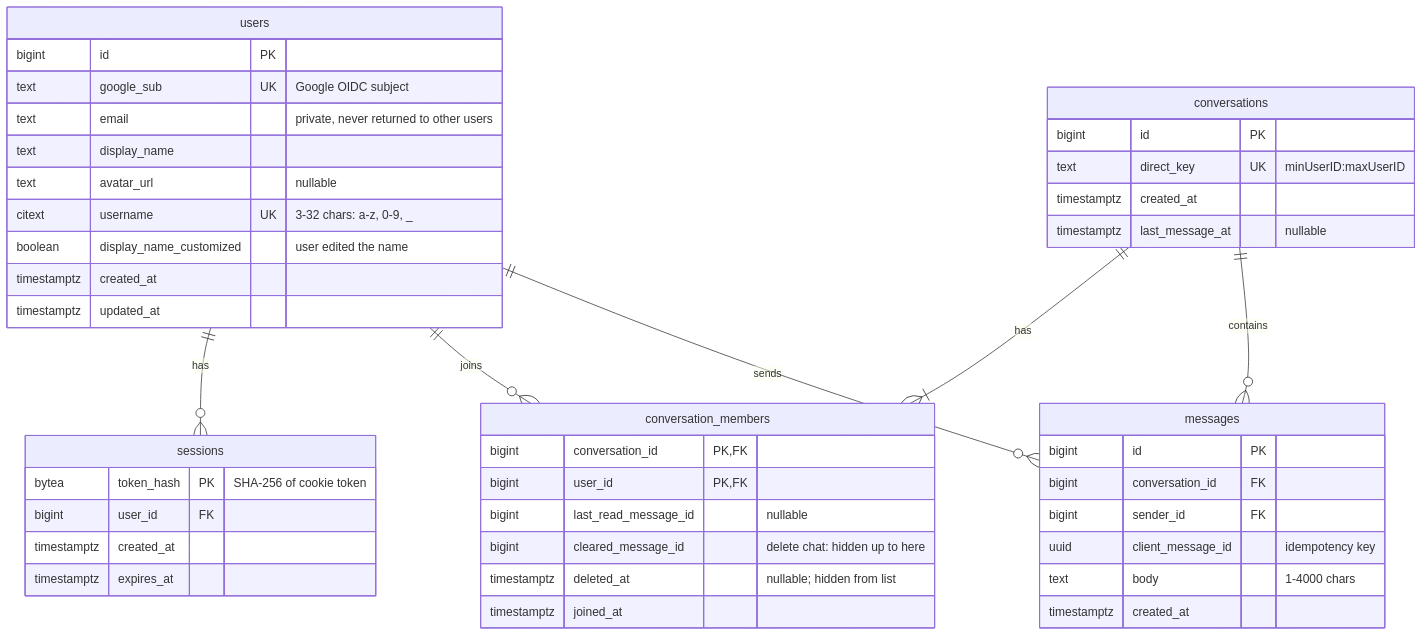
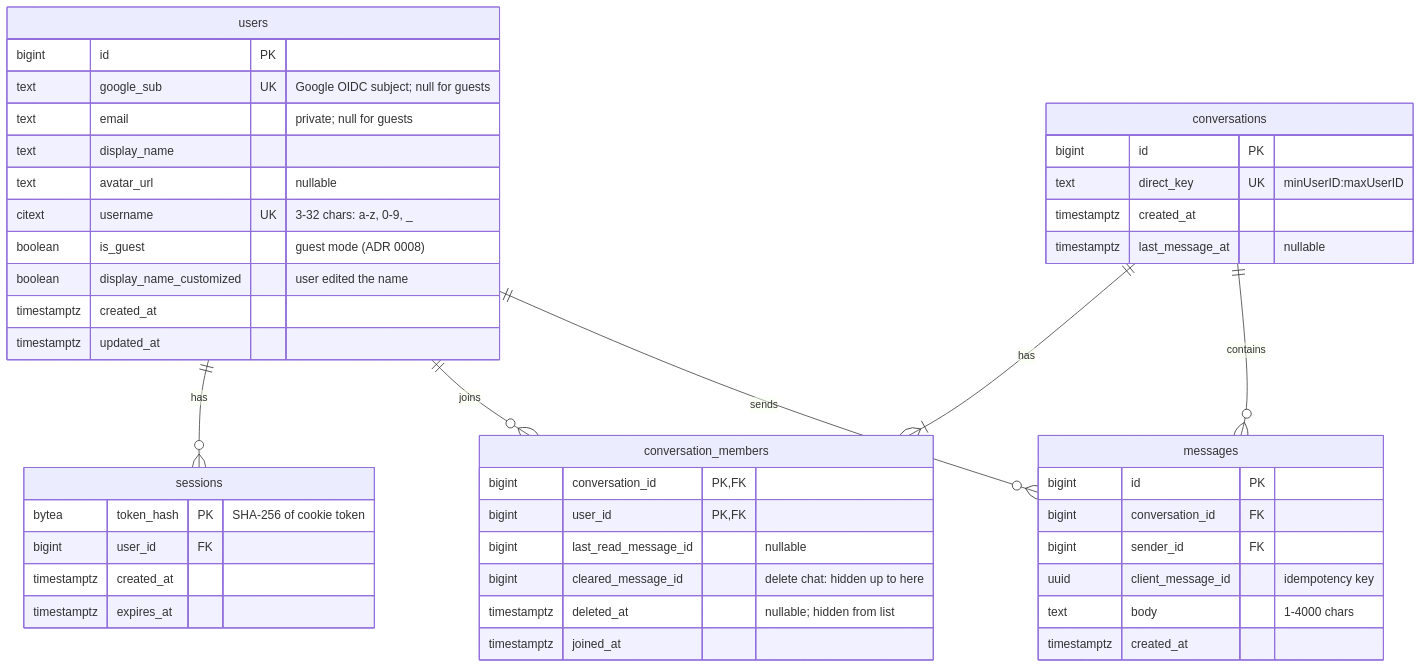
Before and after one commit to tosrv/personal-messenger: the diagram in docs/database.md, drawn with Mermaid. The commit also changed other lines of this file and 40 other files, not shown here.

First line of the commit message:
feat: implement guest user functionality (ADR 0008)

````diff
--- a/docs/database.md
+++ b/docs/database.md
@@ -7,48 +7,49 @@
 ```mermaid
 erDiagram
     users ||--o{ sessions : "has"
     users ||--o{ conversation_members : "joins"
     conversations ||--|{ conversation_members : "has"
     conversations ||--o{ messages : "contains"
     users ||--o{ messages : "sends"
 
     users {
         bigint id PK
-        text google_sub UK "Google OIDC subject"
-        text email "private, never returned to other users"
+        text google_sub UK "Google OIDC subject; null for guests"
+        text email "private; null for guests"
         text display_name
         text avatar_url "nullable"
         citext username UK "3-32 chars: a-z, 0-9, _"
+        boolean is_guest "guest mode (ADR 0008)"
         boolean display_name_customized "user edited the name"
         timestamptz created_at
         timestamptz updated_at
     }
     sessions {
         bytea token_hash PK "SHA-256 of cookie token"
         bigint user_id FK
         timestamptz created_at
         timestamptz expires_at
     }
     conversations {
         bigint id PK
         text direct_key UK "minUserID:maxUserID"
         timestamptz created_at
         timestamptz last_message_at "nullable"
     }
     conversation_members {
         bigint conversation_id PK, FK
         bigint user_id PK, FK
         bigint last_read_message_id "nullable"
         bigint cleared_message_id "delete chat: hidden up to here"
         timestamptz deleted_at "nullable; hidden from list"
         timestamptz joined_at
     }
     messages {
         bigint id PK
         bigint conversation_id FK
         bigint sender_id FK
         uuid client_message_id "idempotency key"
         text body "1-4000 chars"
         timestamptz created_at
     }
 ```
````
